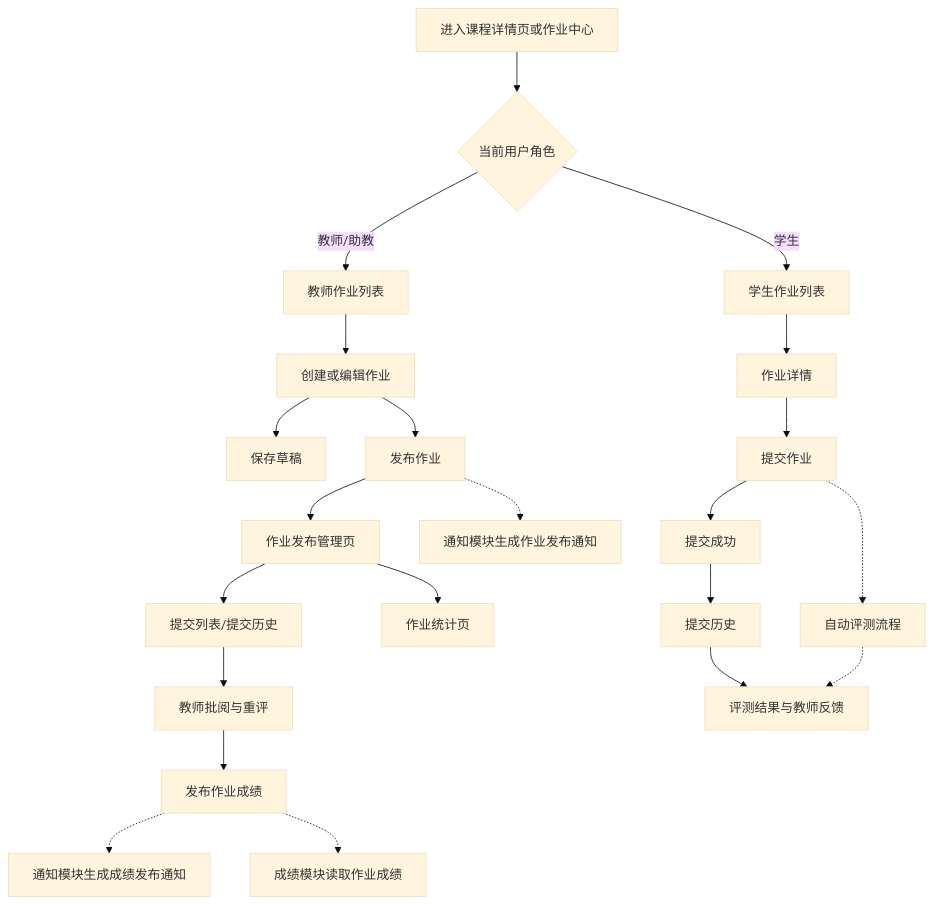
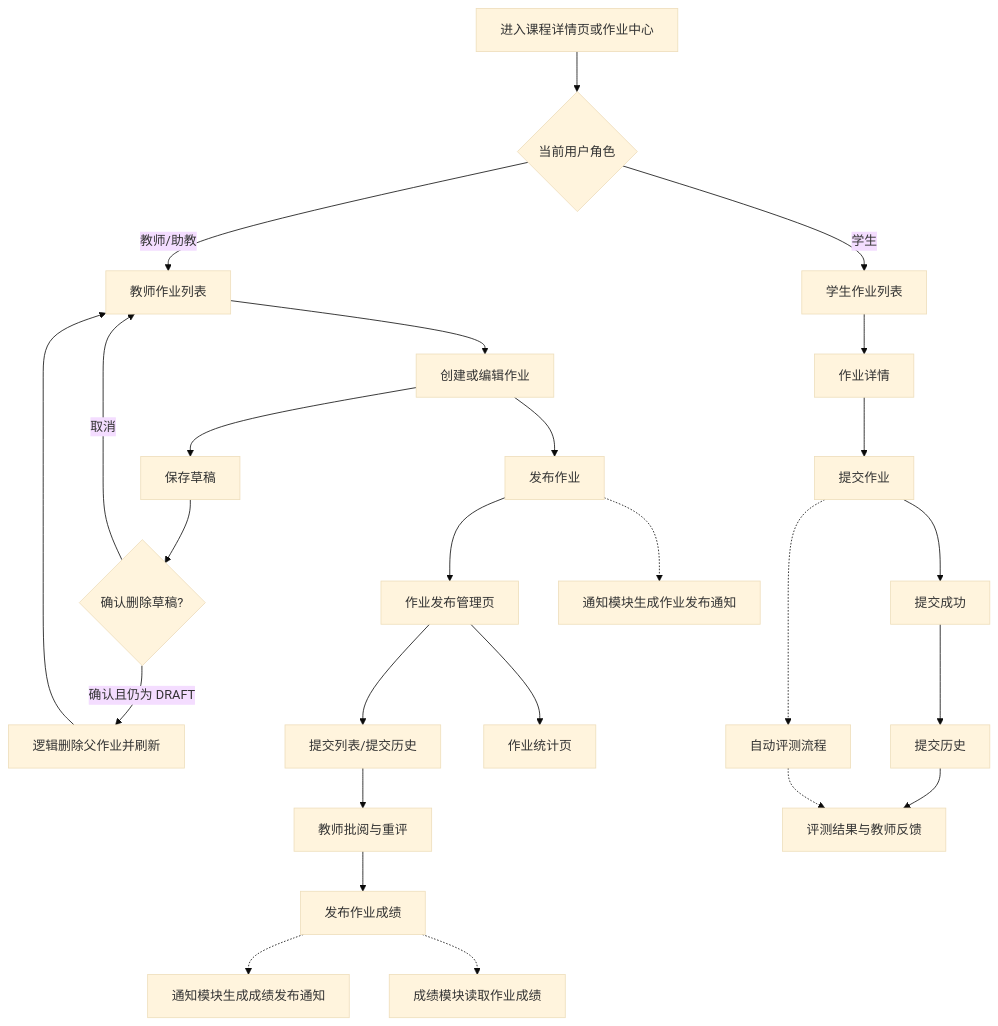
The first of 7 diagrams in docs/过程/概要/作业与自动评测模块概要设计提交稿（hwk）.md (Cr4zyorange/OnlineJudge), drawn with Mermaid (base theme) before and after one commit. The commit also changed other lines of this file and 17 other files, not shown here.

````diff
--- a/docs/过程/概要/作业与自动评测模块概要设计提交稿（hwk）.md
+++ b/docs/过程/概要/作业与自动评测模块概要设计提交稿（hwk）.md
@@ -169,27 +171,31 @@
 ```mermaid
 graph TD
     A[进入课程详情页或作业中心] --> B{当前用户角色}
 
     B -->|教师/助教| T1[教师作业列表]
     T1 --> T2[创建或编辑作业]
     T2 --> T3[保存草稿]
+    T3 --> T10{确认删除草稿?}
+    T10 -->|取消| T1
+    T10 -->|确认且仍为 DRAFT| T11[逻辑删除父作业并刷新]
+    T11 --> T1
     T2 --> T4[发布作业]
     T4 --> T5[作业发布管理页]
     T5 --> T6[提交列表/提交历史]
     T6 --> T7[教师批阅与重评]
     T5 --> T8[作业统计页]
     T7 --> T9[发布作业成绩]
 
     B -->|学生| S1[学生作业列表]
     S1 --> S2[作业详情]
     S2 --> S3[提交作业]
     S3 --> S4[提交成功]
     S4 --> S5[提交历史]
     S5 --> S6[评测结果与教师反馈]
 
     T4 -.-> N1[通知模块生成作业发布通知]
     T9 -.-> N2[通知模块生成成绩发布通知]
     T9 -.-> G1[成绩模块读取作业成绩]
     S3 -.-> J1[自动评测流程]
     J1 -.-> S6
 ```
````
